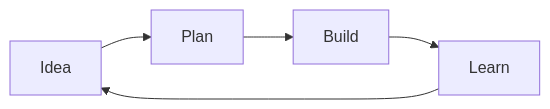
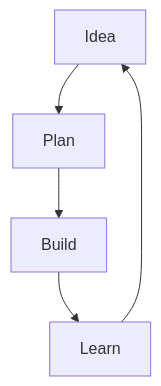
The first of 3 diagrams in samples/slides/product-launch.slides.md (gnaagar/mdv), drawn with Mermaid before and after one commit. The commit also changed other lines of this file and 2 other files, not shown here.

Commit message:
work on slides (#67)

````diff
--- a/samples/slides/product-launch.slides.md
+++ b/samples/slides/product-launch.slides.md
@@ -91,7 +91,7 @@
 ```mermaid
-flowchart LR
+flowchart TD
     Idea[Idea] --> Plan[Plan]
     Plan --> Build[Build]
     Build --> Learn[Learn]
     Learn --> Idea
 ```
````
